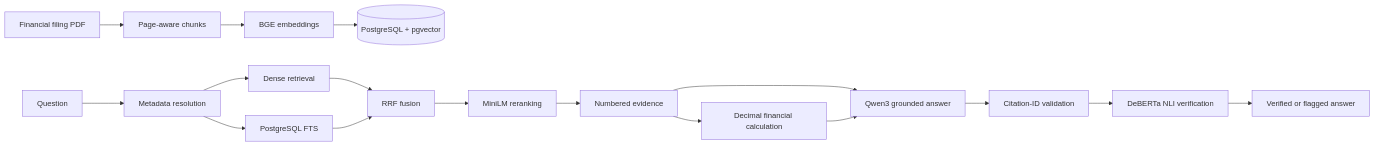
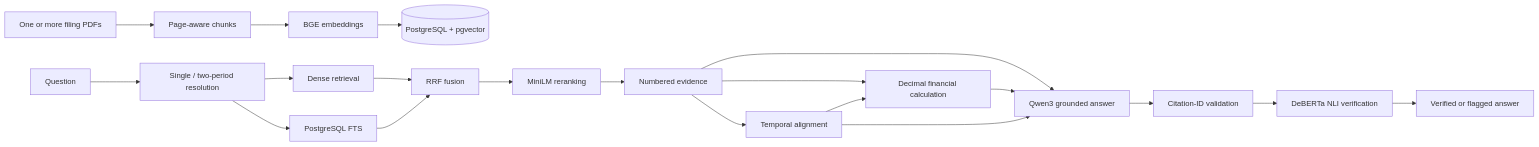
One commit to jxcksg17/ai-due-diligence-copilot changed the diagram in README.md. Above: the diagram before and after it, drawn with Mermaid. The commit also changed other lines of this file and 11 other files, not shown here.

````diff
--- a/README.md
+++ b/README.md
@@ -23,21 +22,24 @@
 ```mermaid
 flowchart LR
-    PDF[Financial filing PDF] --> Parse[Page-aware chunks]
+    PDF[One or more filing PDFs] --> Parse[Page-aware chunks]
     Parse --> Embed[BGE embeddings]
     Embed --> DB[(PostgreSQL + pgvector)]
 
-    Q[Question] --> Meta[Metadata resolution]
+    Q[Question] --> Meta[Single / two-period resolution]
     Meta --> Dense[Dense retrieval]
     Meta --> FTS[PostgreSQL FTS]
     Dense --> RRF[RRF fusion]
     FTS --> RRF
     RRF --> Rank[MiniLM reranking]
     Rank --> Evidence[Numbered evidence]
     Evidence --> Qwen[Qwen3 grounded answer]
     Qwen --> IDs[Citation-ID validation]
     IDs --> NLI[DeBERTa NLI verification]
     NLI --> Answer[Verified or flagged answer]
 
     Evidence --> Calc[Decimal financial calculation]
     Calc --> Qwen
+    Evidence --> Align[Temporal alignment]
+    Align --> Calc
+    Align --> Qwen
 ```
````
